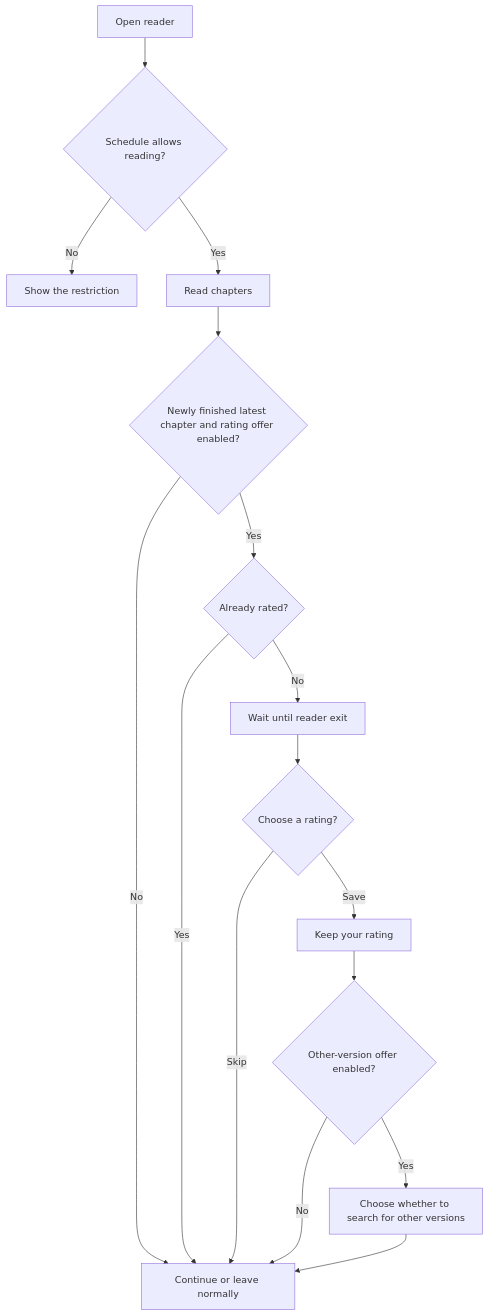
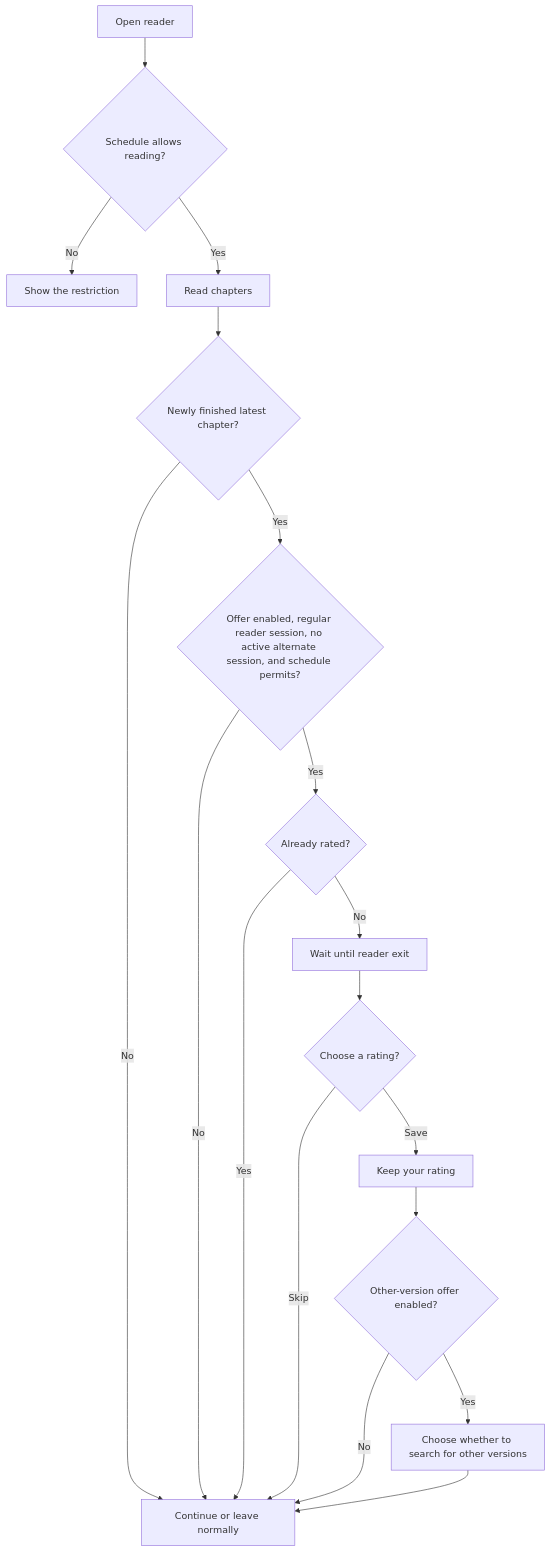
The fifth of 6 diagrams in docs/kmk/how-kmk-works.md (FancyCorey/komikku-fc), drawn with Mermaid before and after one commit. The commit also changed other lines of this file and 285 other files, not shown here.

````diff
--- a/docs/kmk/how-kmk-works.md
+++ b/docs/kmk/how-kmk-works.md
@@ -83,18 +83,20 @@
 ```mermaid
 flowchart TD
     Open["Open reader"] --> Allowed{"Schedule allows reading?"}
     Allowed -->|No| Block["Show the restriction"]
     Allowed -->|Yes| Read["Read chapters"]
-    Read --> Complete{"Newly finished latest chapter and rating offer enabled?"}
+    Read --> Complete{"Newly finished latest chapter?"}
     Complete -->|No| Exit["Continue or leave normally"]
-    Complete -->|Yes| Rated{"Already rated?"}
+    Complete -->|Yes| Eligible{"Offer enabled, regular reader session, no active alternate session, and schedule permits?"}
+    Eligible -->|No| Exit
+    Eligible -->|Yes| Rated{"Already rated?"}
     Rated -->|Yes| Exit
     Rated -->|No| Leave["Wait until reader exit"]
     Leave --> Choice{"Choose a rating?"}
     Choice -->|Skip| Exit
     Choice -->|Save| Saved["Keep your rating"]
     Saved --> Offer{"Other-version offer enabled?"}
     Offer -->|No| Exit
     Offer -->|Yes| More["Choose whether to search for other versions"]
     More --> Exit
 ```
````
